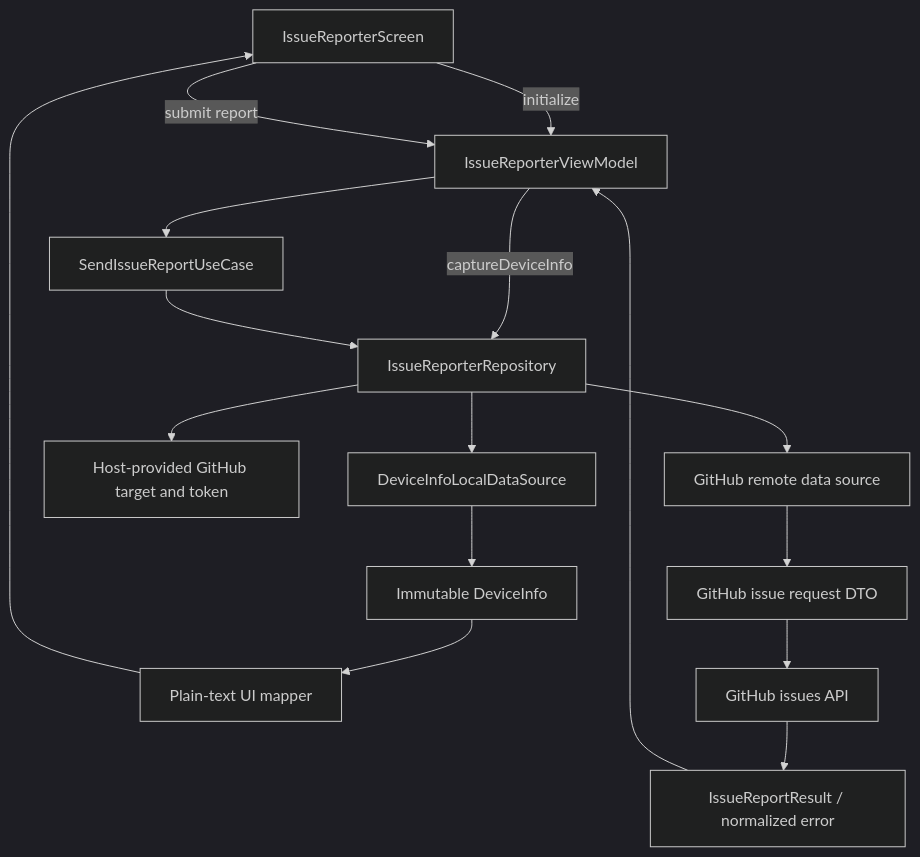
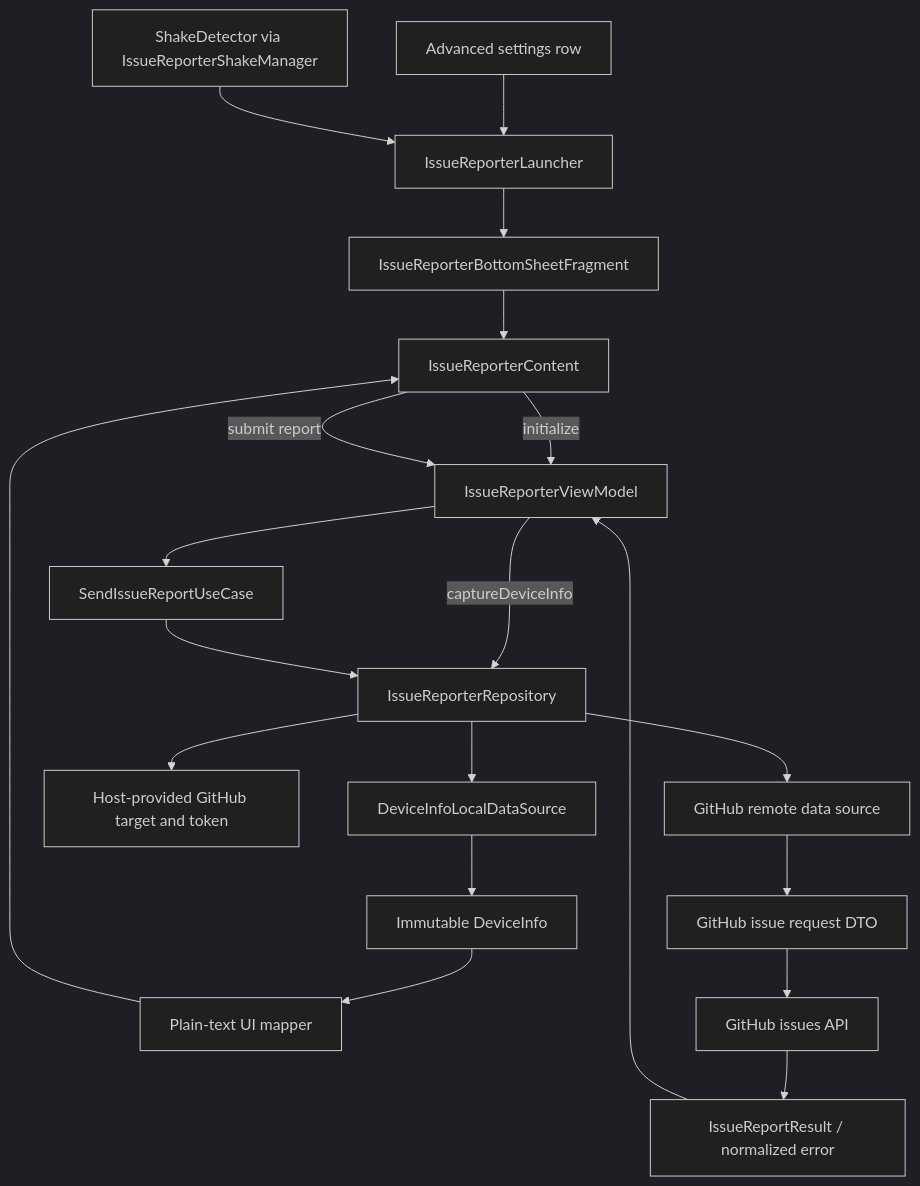
The diagram in library/feature/issuereporter/README.md (MihaiCristianCondrea/App-Toolkit-for-Android), drawn with Mermaid (dark theme) before and after one commit. The commit also changed other lines of this file and 27 other files, not shown here.

````diff
--- a/library/feature/issuereporter/README.md
+++ b/library/feature/issuereporter/README.md
@@ -33,18 +36,22 @@
 ```mermaid
 flowchart TD
-    Screen[IssueReporterScreen] -->|initialize| VM[IssueReporterViewModel]
+    Settings[Advanced settings row] --> Launcher[IssueReporterLauncher]
+    Shake[ShakeDetector via IssueReporterShakeManager] --> Launcher
+    Launcher --> Sheet[IssueReporterBottomSheetFragment]
+    Sheet --> Screen[IssueReporterContent]
+    Screen -->|initialize| VM[IssueReporterViewModel]
     VM -->|captureDeviceInfo| Repo[IssueReporterRepository]
     Repo --> Device[DeviceInfoLocalDataSource]
     Device --> Model[Immutable DeviceInfo]
     Model --> Plain[Plain-text UI mapper]
     Plain --> Screen
     Screen -->|submit report| VM
     VM --> UseCase[SendIssueReportUseCase]
     UseCase --> Repo
     Repo --> Target[Host-provided GitHub target and token]
     Repo --> Remote[GitHub remote data source]
     Remote --> DTO[GitHub issue request DTO]
     DTO --> Api[GitHub issues API]
     Api --> Result[IssueReportResult / normalized error]
     Result --> VM
 ```
````
